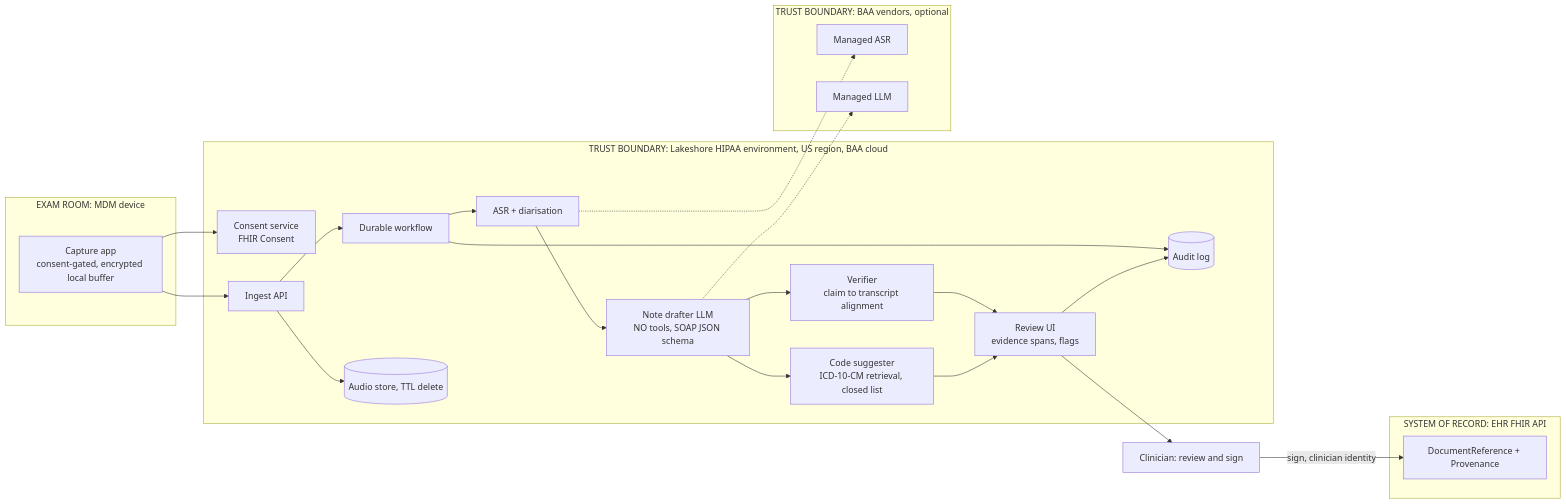
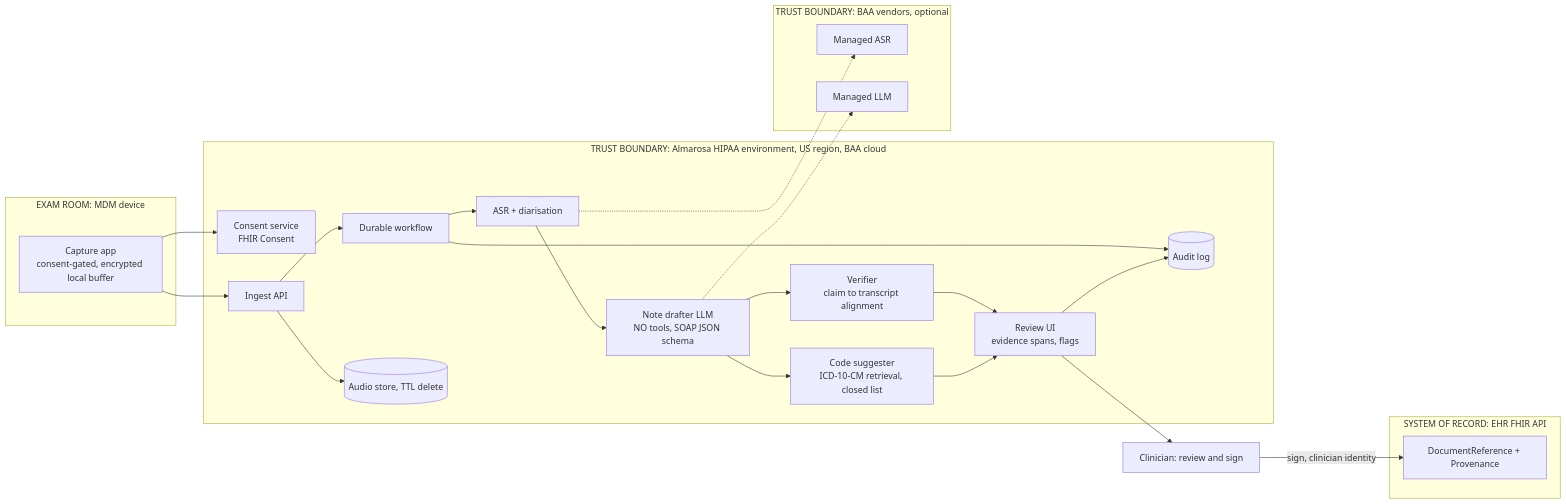
The diagram in curriculum/projects/P10-ambient-clinical-documentation.md (nagarjunak-pixel/02-autogpt-autonomous-agent), drawn with Mermaid before and after one commit. The commit also changed other lines of this file and 9 other files, not shown here.

````diff
--- a/curriculum/projects/P10-ambient-clinical-documentation.md
+++ b/curriculum/projects/P10-ambient-clinical-documentation.md
@@ -159,35 +159,35 @@
 ```mermaid
 flowchart LR
   subgraph ROOM["EXAM ROOM: MDM device"]
     CAP["Capture app<br/>consent-gated, encrypted local buffer"]
   end
-  subgraph LCH["TRUST BOUNDARY: Lakeshore HIPAA environment, US region, BAA cloud"]
+  subgraph ACH["TRUST BOUNDARY: Almarosa HIPAA environment, US region, BAA cloud"]
     CON["Consent service<br/>FHIR Consent"]
     ING["Ingest API"]
     WF["Durable workflow"]
     ASR["ASR + diarisation"]
     DRAFT["Note drafter LLM<br/>NO tools, SOAP JSON schema"]
     VER["Verifier<br/>claim to transcript alignment"]
     CODE["Code suggester<br/>ICD-10-CM retrieval, closed list"]
     UI["Review UI<br/>evidence spans, flags"]
     AUD[("Audit log")]
     AUDIO[("Audio store, TTL delete")]
   end
   subgraph VEND["TRUST BOUNDARY: BAA vendors, optional"]
     MASR["Managed ASR"]
     MLLM["Managed LLM"]
   end
   subgraph EHR["SYSTEM OF RECORD: EHR FHIR API"]
     DOC["DocumentReference + Provenance"]
   end
   CLIN["Clinician: review and sign"]
   CAP --> CON
   CAP --> ING --> AUDIO
   ING --> WF --> ASR --> DRAFT --> VER --> UI
   ASR -.-> MASR
   DRAFT -.-> MLLM
   DRAFT --> CODE --> UI
   UI --> CLIN -- "sign, clinician identity" --> DOC
   WF --> AUD
   UI --> AUD
 ```
````
